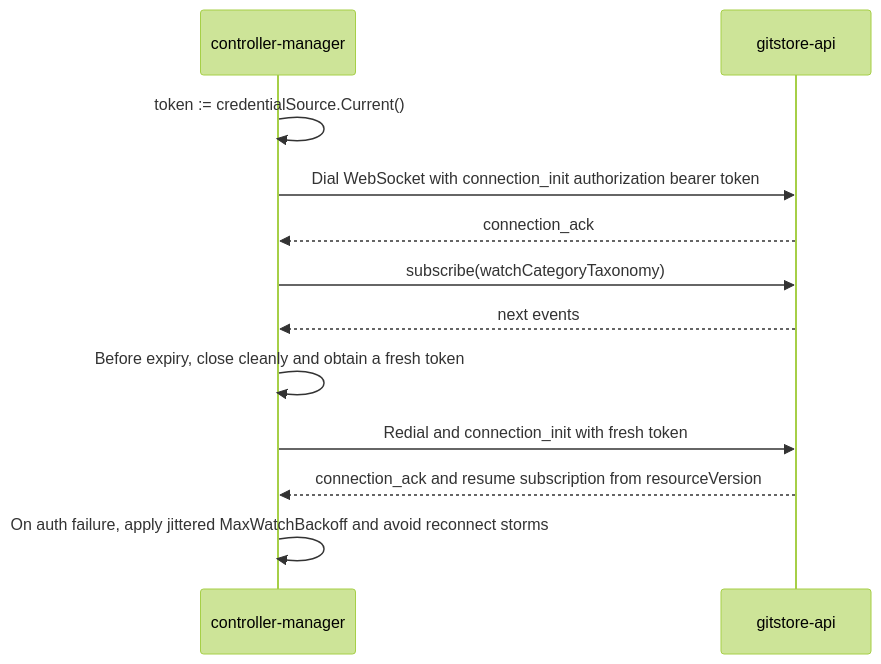
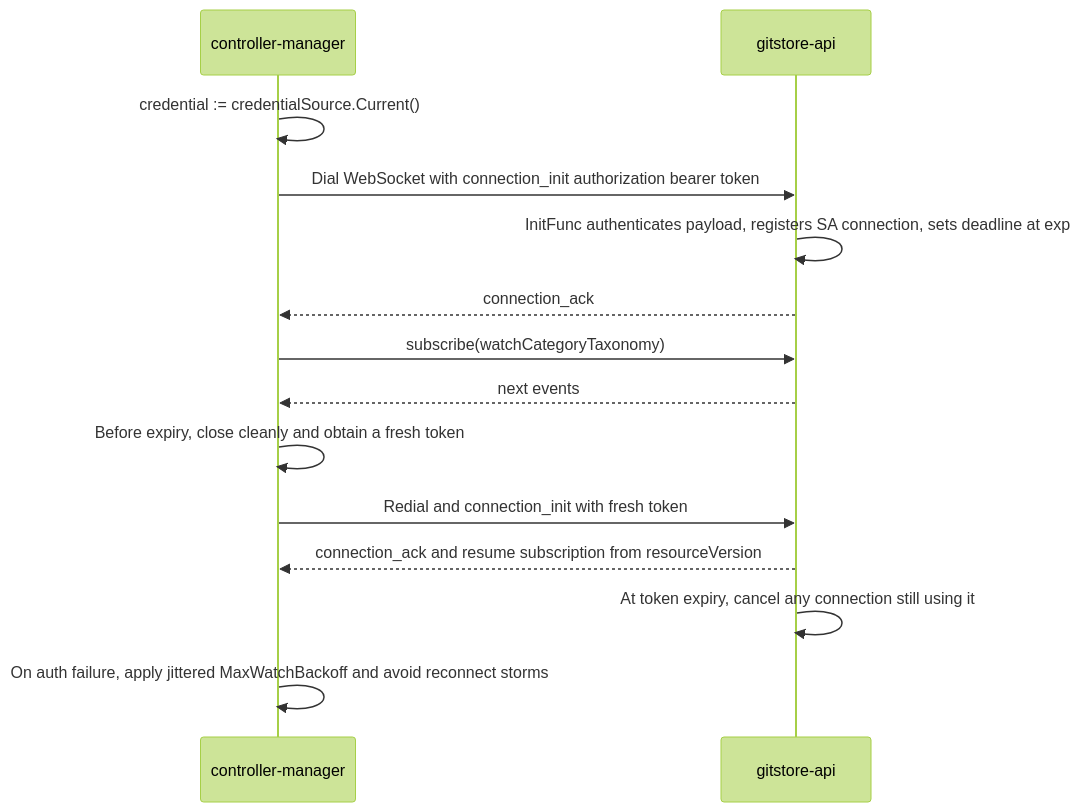
One commit to gitstore-dev/GitStore changed the fifth of 7 diagrams in docs/implementation/021-controller_service_account_auth.md. Above: the diagram before and after it, drawn with Mermaid (forest theme). The commit also changed other lines of this file and 6 other files, not shown here.

````diff
--- a/docs/implementation/021-controller_service_account_auth.md
+++ b/docs/implementation/021-controller_service_account_auth.md
@@ -167,14 +180,16 @@
 ```mermaid
 sequenceDiagram
     participant CM as controller-manager
     participant API as gitstore-api
-    CM->>CM: token := credentialSource.Current()
+    CM->>CM: credential := credentialSource.Current()
     CM->>API: Dial WebSocket with connection_init authorization bearer token
+    API->>API: InitFunc authenticates payload, registers SA connection, sets deadline at exp
     API-->>CM: connection_ack
     CM->>API: subscribe(watchCategoryTaxonomy)
     API-->>CM: next events
     CM->>CM: Before expiry, close cleanly and obtain a fresh token
     CM->>API: Redial and connection_init with fresh token
     API-->>CM: connection_ack and resume subscription from resourceVersion
+    API->>API: At token expiry, cancel any connection still using it
     CM->>CM: On auth failure, apply jittered MaxWatchBackoff and avoid reconnect storms
 ```
````
